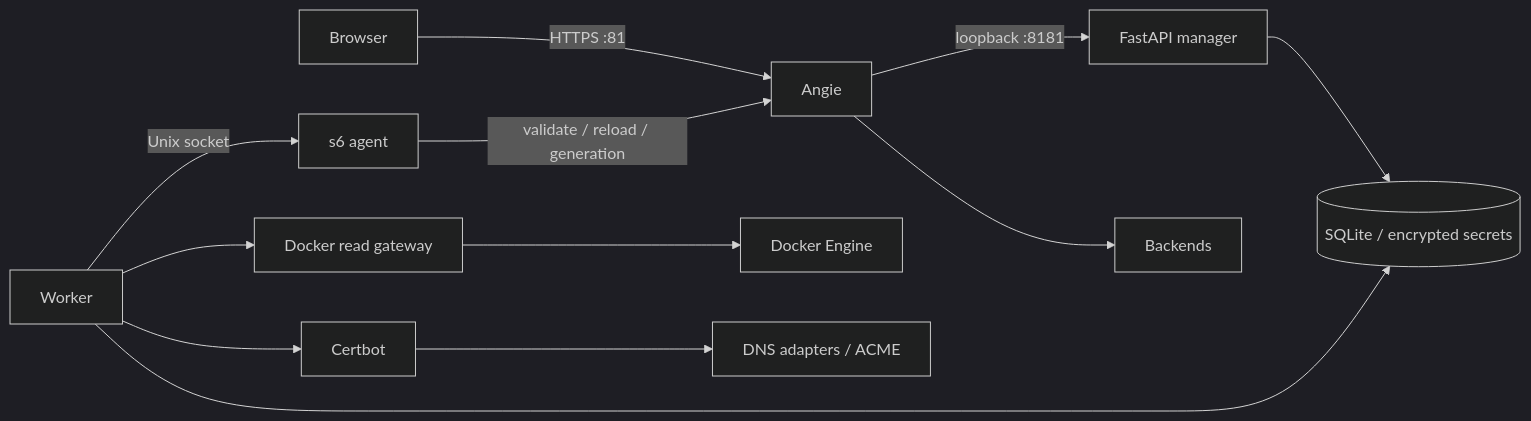
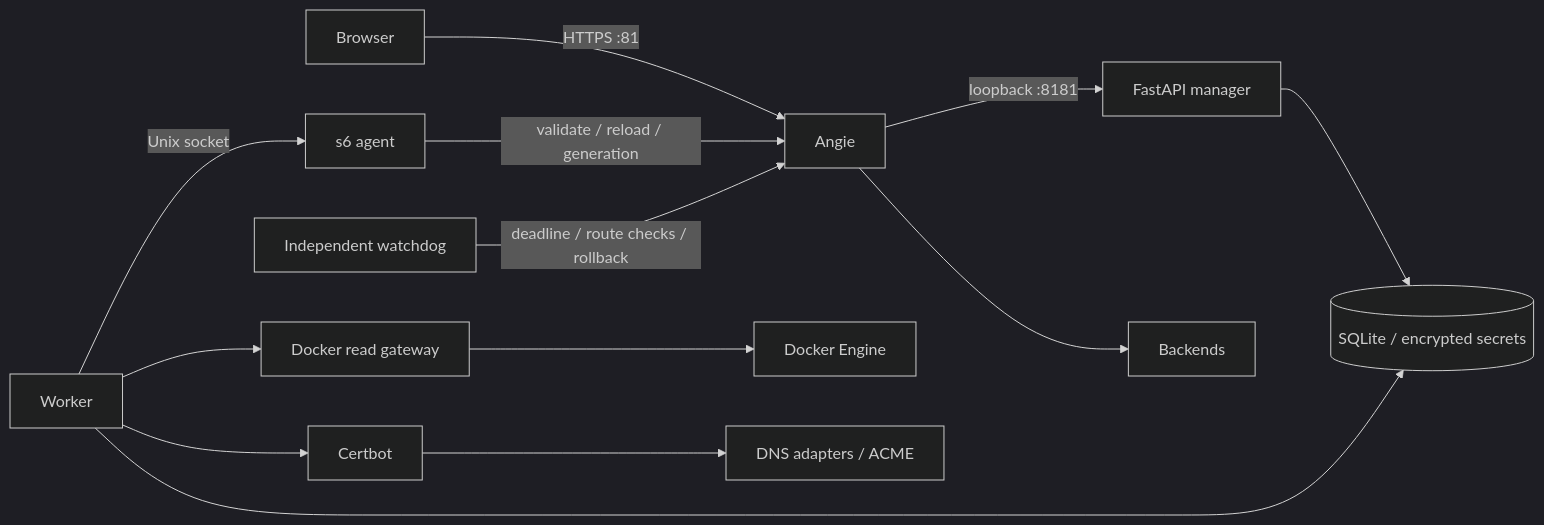
Before and after one commit to levich/apm-test: the diagram in docs/ARCHITECTURE.md, drawn with Mermaid (dark theme). The commit also changed other lines of this file and 36 other files, not shown here.

````diff
--- a/docs/ARCHITECTURE.md
+++ b/docs/ARCHITECTURE.md
@@ -5,14 +5,15 @@
 ```mermaid
 flowchart LR
     Browser[Browser] -->|HTTPS :81| Angie
     Angie -->|loopback :8181| Manager[FastAPI manager]
     Manager --> SQLite[(SQLite / encrypted secrets)]
     Worker --> SQLite
     Worker -->|Unix socket| Agent[s6 agent]
     Agent -->|validate / reload / generation| Angie
+    Watchdog[Independent watchdog] -->|deadline / route checks / rollback| Angie
     Worker --> Gateway[Docker read gateway]
     Gateway --> Docker[Docker Engine]
     Worker --> Certbot
     Certbot --> DNS[DNS adapters / ACME]
     Angie --> Backends
 ```
````
